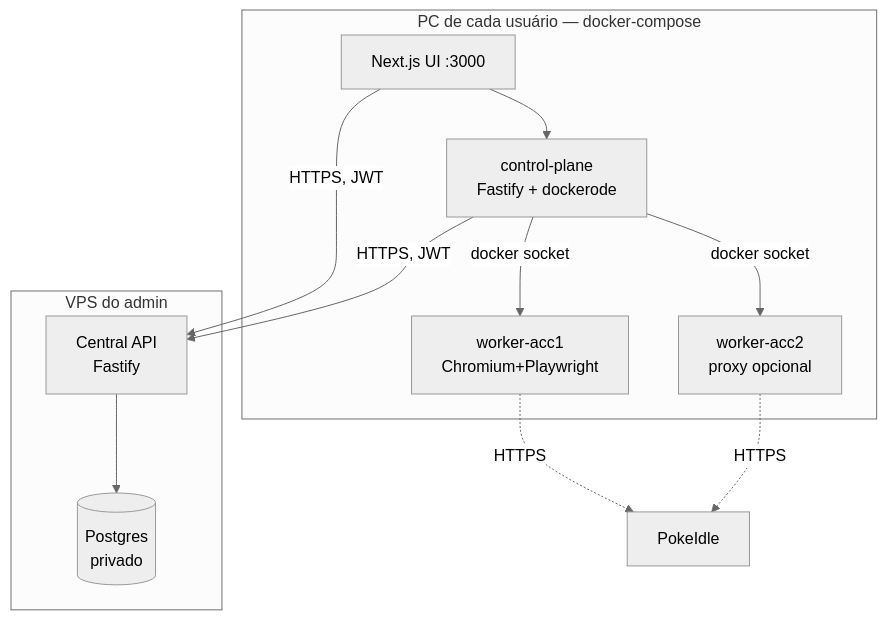
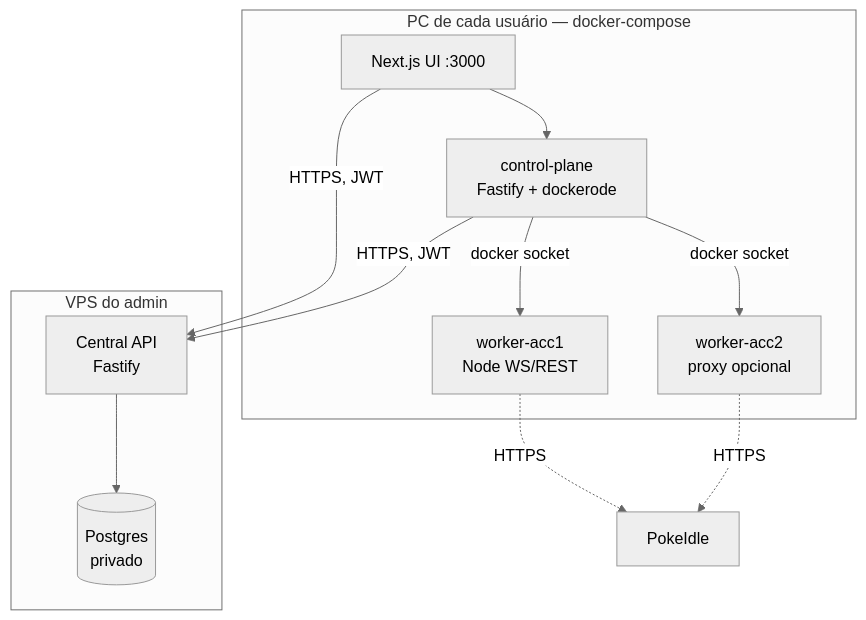
Before and after one commit to ayresigo/pokeidle-plus: the diagram in docs/plans/2026-10-11-multiacc-pokeidle-design.md, drawn with Mermaid (neutral theme). The commit also changed other lines of this file and 1 other file, not shown here.

Commit message:
docs: worker vira node ws/rest puro; login via tokenprovider (solver turnstile + token colado)

````diff
--- a/docs/plans/2026-10-11-multiacc-pokeidle-design.md
+++ b/docs/plans/2026-10-11-multiacc-pokeidle-design.md
@@ -21,20 +21,20 @@
 ```mermaid
 flowchart TB
     subgraph CENTRAL["VPS do admin"]
         API["Central API<br/>Fastify"]
         DB[("Postgres<br/>privado")]
         API --> DB
     end
 
     subgraph LOCAL["PC de cada usuário — docker-compose"]
         UI["Next.js UI :3000"]
         CP["control-plane<br/>Fastify + dockerode"]
-        W1["worker-acc1<br/>Chromium+Playwright"]
+        W1["worker-acc1<br/>Node WS/REST"]
         W2["worker-acc2<br/>proxy opcional"]
         UI --> CP
         CP -->|docker socket| W1 & W2
     end
 
     UI & CP -->|HTTPS, JWT| API
     W1 & W2 -.->|HTTPS| PI[PokeIdle]
 ```
````
